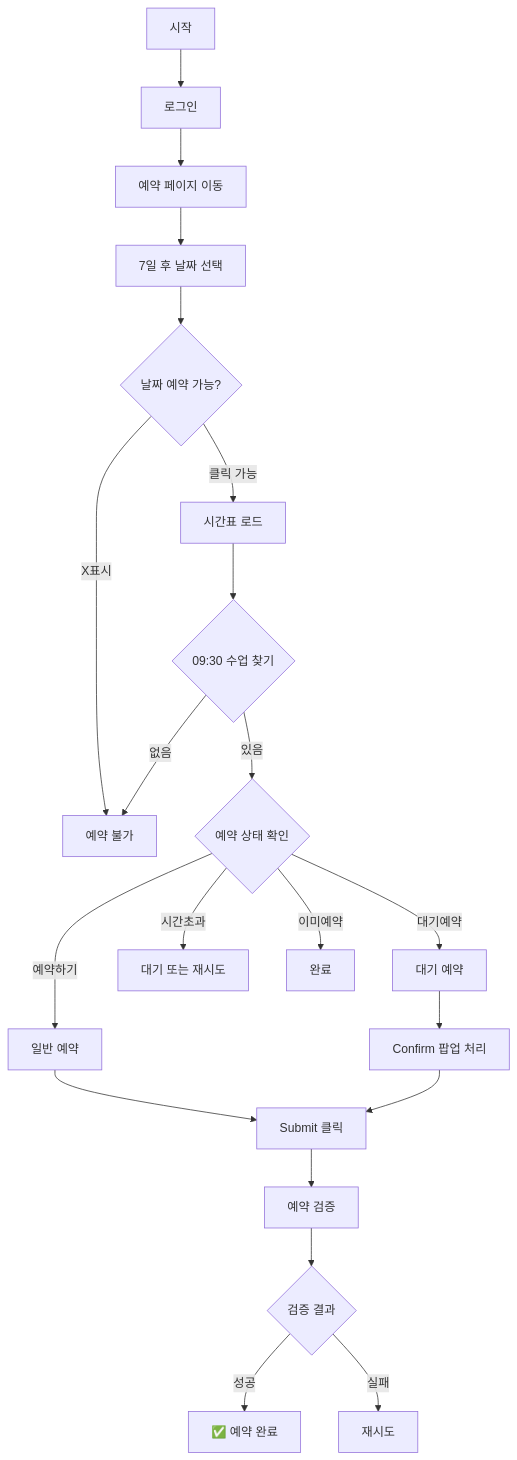
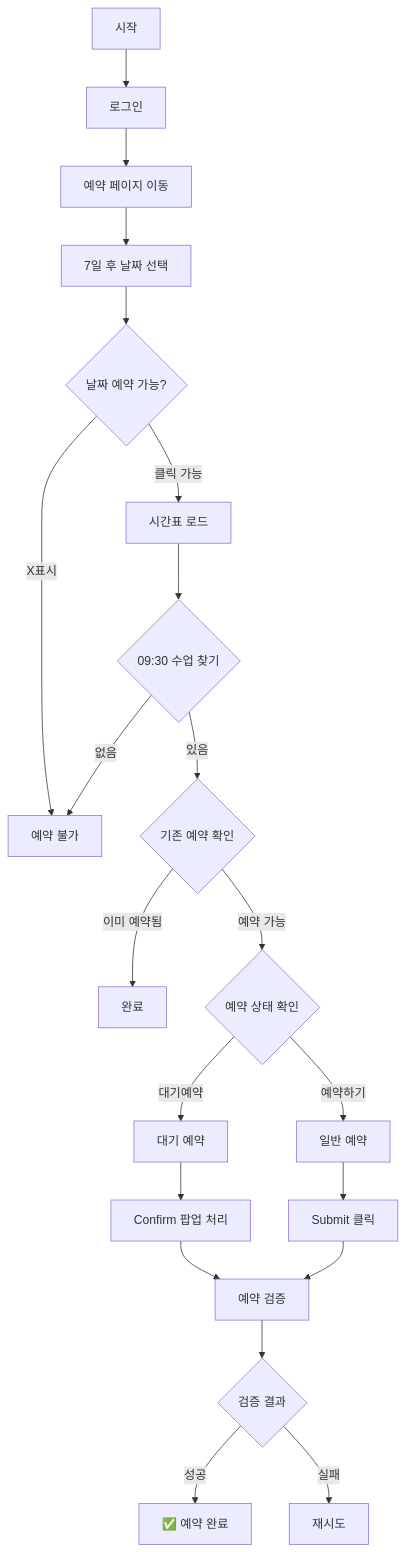
Before and after one commit to jaehoooN/pilates0930: the diagram in README.md, drawn with Mermaid. The commit also changed other lines of this file, not shown here.

````diff
--- a/README.md
+++ b/README.md
@@ -79,23 +87,23 @@
 ```mermaid
 graph TD
     A[시작] --> B[로그인]
     B --> C[예약 페이지 이동]
     C --> D[7일 후 날짜 선택]
     D --> E{날짜 예약 가능?}
     E -->|X표시| F[예약 불가]
     E -->|클릭 가능| G[시간표 로드]
     G --> H{09:30 수업 찾기}
     H -->|없음| F
-    H -->|있음| I{예약 상태 확인}
-    I -->|예약하기| J[일반 예약]
-    I -->|대기예약| K[대기 예약]
-    I -->|시간초과| L[대기 또는 재시도]
-    I -->|이미예약| M[완료]
-    J --> N[Submit 클릭]
-    K --> O[Confirm 팝업 처리]
-    O --> N
-    N --> P[예약 검증]
+    H -->|있음| I{기존 예약 확인}
+    I -->|이미 예약됨| M[완료]
+    I -->|예약 가능| J{예약 상태 확인}
+    J -->|예약하기| K[일반 예약]
+    J -->|대기예약| L[대기 예약]
+    K --> N[Submit 클릭]
+    L --> O[Confirm 팝업 처리]
+    O --> P[예약 검증]
+    N --> P
     P --> Q{검증 결과}
     Q -->|성공| R[✅ 예약 완료]
     Q -->|실패| S[재시도]
 ```
````
